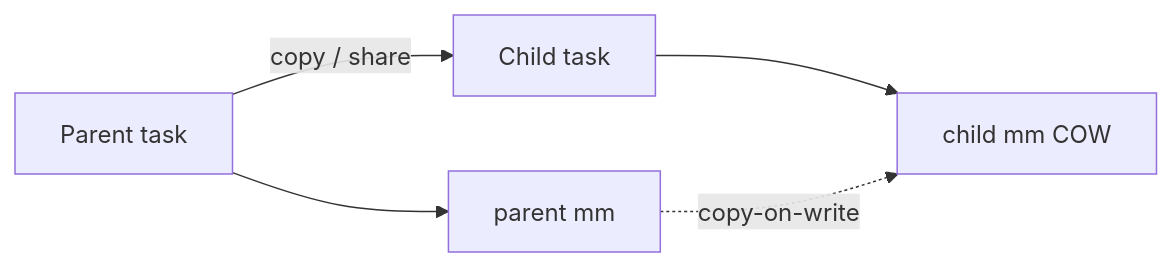
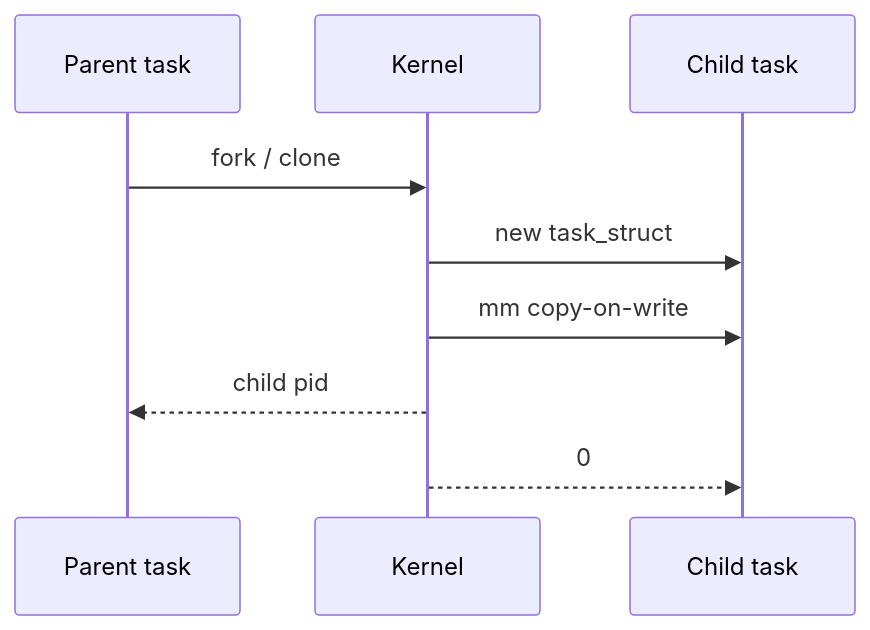
One commit to euphoricmangat/linternals changed the second of 2 diagrams in src/content/blog/anatomy-of-a-linux-process.md. Above: the diagram before and after it, drawn with Mermaid. The commit also changed other lines of this file and 12 other files, not shown here.

First line of the commit message:
Diversify Mermaid diagrams beyond flowcharts.

````diff
--- a/src/content/blog/anatomy-of-a-linux-process.md
+++ b/src/content/blog/anatomy-of-a-linux-process.md
@@ -32,7 +39,11 @@
 ```mermaid
-flowchart LR
-  P[Parent task] -->|copy / share| C[Child task]
-  P --> mmP[parent mm]
-  C --> mmC[child mm COW]
-  mmP -.->|copy-on-write| mmC
+sequenceDiagram
+  participant P as Parent task
+  participant K as Kernel
+  participant C as Child task
+  P->>K: fork / clone
+  K->>C: new task_struct
+  K->>C: mm copy-on-write
+  K-->>P: child pid
+  K-->>C: 0
 ```
````
